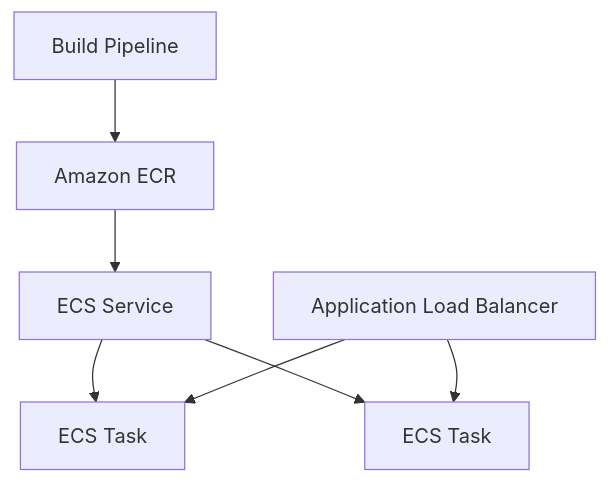
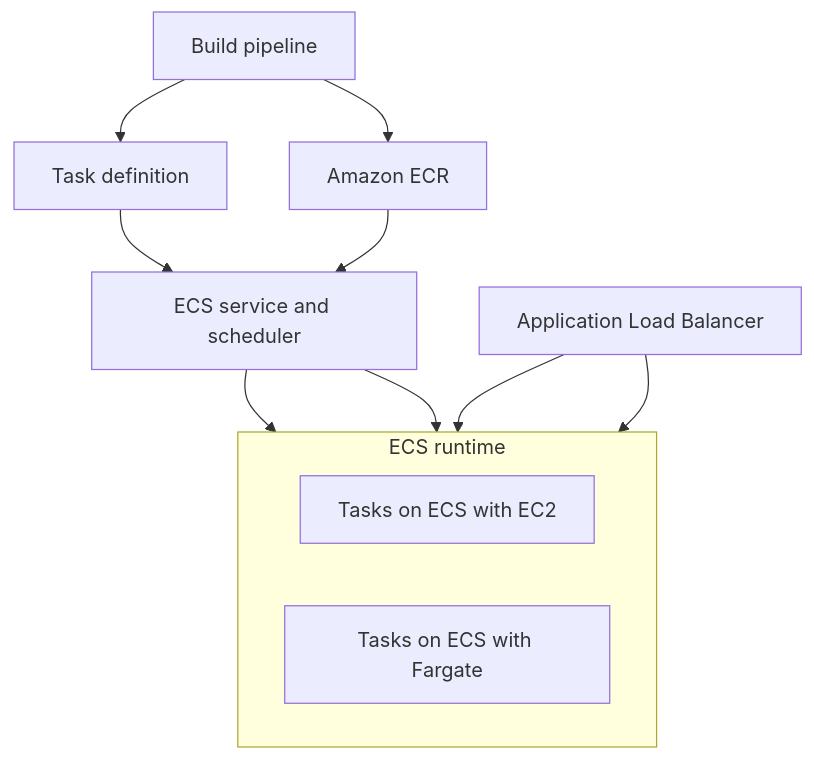
One commit to rooneyviet/aws-learning-obsidian changed the diagram in 02 - Compute and Application Platforms/Amazon ECS.md. Above: the diagram before and after it, drawn with Mermaid. The commit also changed 16 other files, not shown here.

Commit message:
update diagrams

````diff
--- a/02 - Compute and Application Platforms/Amazon ECS.md
+++ b/02 - Compute and Application Platforms/Amazon ECS.md
@@ -25,9 +25,18 @@
 ```mermaid
-flowchart TD
-    Dev[Build Pipeline] --> ECR[Amazon ECR]
-    ECR --> ECS[ECS Service]
-    ECS --> Task1[ECS Task]
-    ECS --> Task2[ECS Task]
-    ALB[Application Load Balancer] --> Task1
-    ALB --> Task2
+flowchart TB
+    Dev[Build pipeline] --> ECR[Amazon ECR]
+    Dev --> TD[Task definition]
+    TD --> ECS[ECS service and scheduler]
+    ECR --> ECS
+
+    subgraph Runtime["ECS runtime"]
+        direction LR
+        EC2[Tasks on ECS with EC2]
+        FG[Tasks on ECS with Fargate]
+    end
+
+    ECS --> EC2
+    ECS --> FG
+    ALB[Application Load Balancer] --> EC2
+    ALB --> FG
 ```
````
